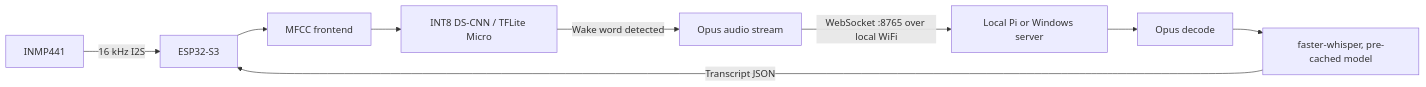
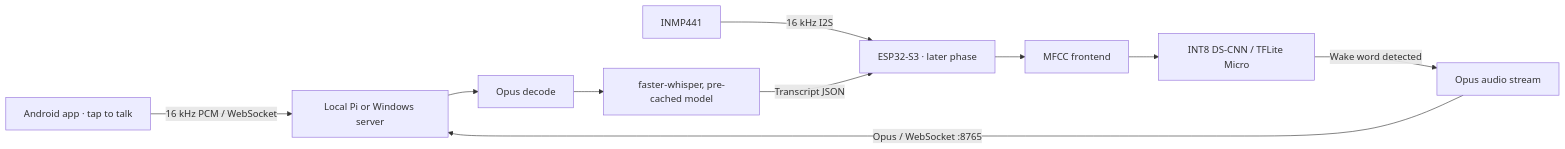
Before and after one commit to spatil-44/IRA_2.0: the diagram in README.md, drawn with Mermaid. The commit also changed other lines of this file and 13 other files, not shown here.

Commit message:
Build Ira Android phone MVP

````diff
--- a/README.md
+++ b/README.md
@@ -13,11 +15,12 @@
 ```mermaid
 flowchart LR
-    Mic[INMP441] -->|16 kHz I2S| ESP[ESP32-S3]
+    Phone[Android app · tap to talk] -->|16 kHz PCM / WebSocket| Server[Local Pi or Windows server]
+    Mic[INMP441] -->|16 kHz I2S| ESP[ESP32-S3 · later phase]
     ESP --> MFCC[MFCC frontend]
     MFCC --> KWS[INT8 DS-CNN / TFLite Micro]
     KWS -->|Wake word detected| Opus[Opus audio stream]
-    Opus -->|WebSocket :8765 over local WiFi| Server[Local Pi or Windows server]
+    Opus -->|Opus / WebSocket :8765| Server
     Server --> Decode[Opus decode]
     Decode --> Whisper[faster-whisper, pre-cached model]
     Whisper -->|Transcript JSON| ESP
 ```
````
